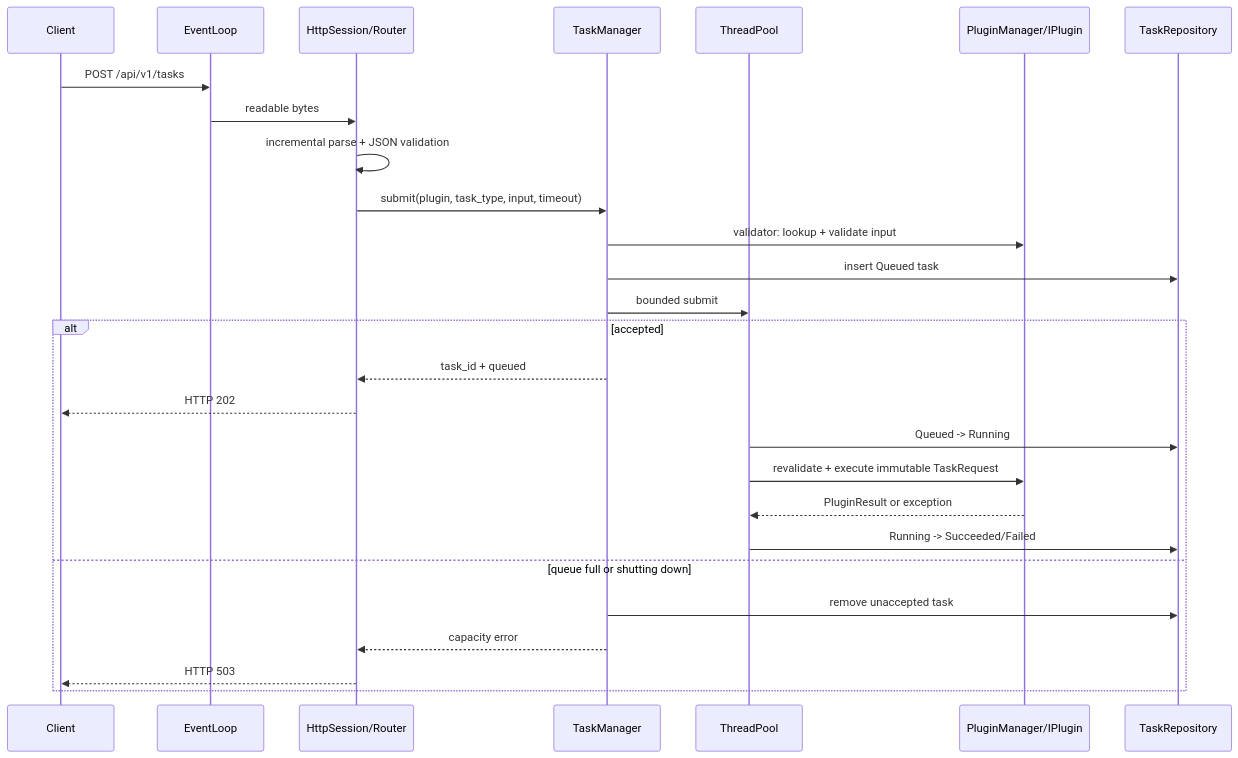
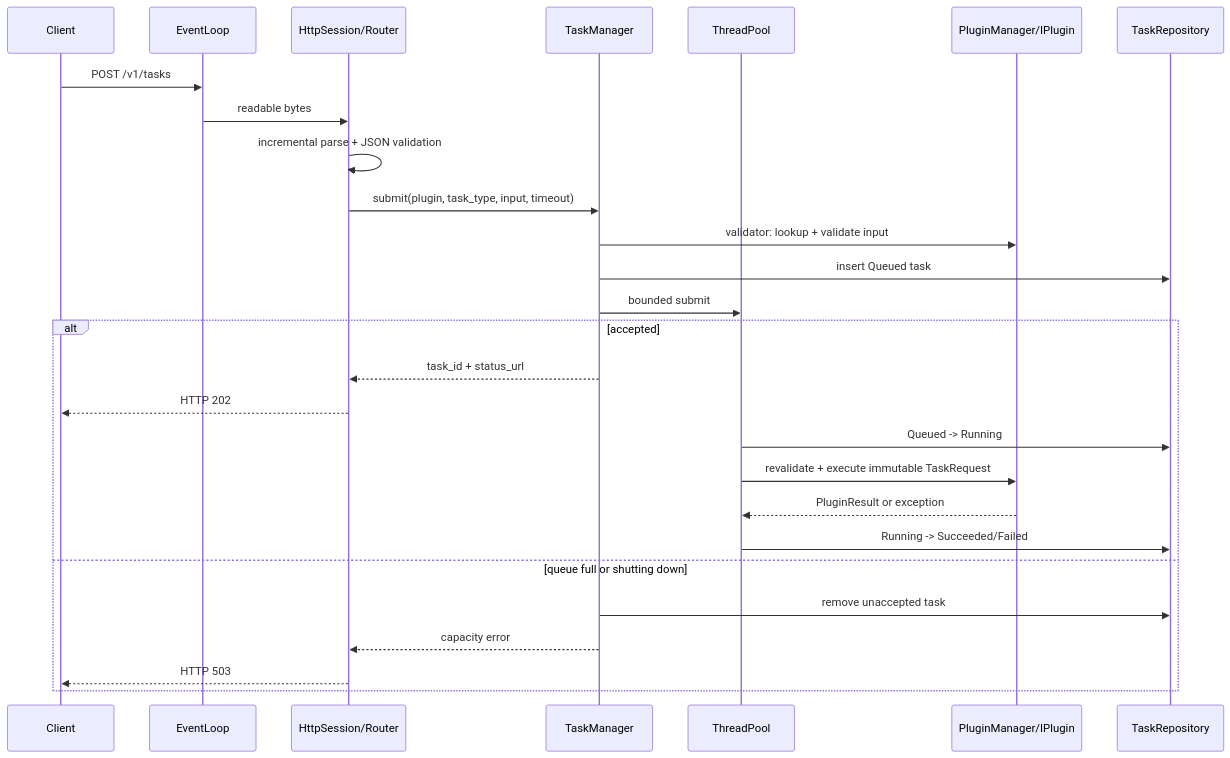
One commit to realme-max/IndustrialAIServiceFramework changed the eighth of 10 diagrams in docs/architecture.md. Above: the diagram before and after it, drawn with Mermaid. The commit also changed other lines of this file and 40 other files, not shown here.

````diff
--- a/docs/architecture.md
+++ b/docs/architecture.md
@@ -678,30 +678,30 @@
 ```mermaid
 sequenceDiagram
     participant C as Client
     participant L as EventLoop
     participant H as HttpSession/Router
     participant M as TaskManager
     participant Q as ThreadPool
     participant P as PluginManager/IPlugin
     participant R as TaskRepository
 
-    C->>L: POST /api/v1/tasks
+    C->>L: POST /v1/tasks
     L->>H: readable bytes
     H->>H: incremental parse + JSON validation
     H->>M: submit(plugin, task_type, input, timeout)
     M->>P: validator: lookup + validate input
     M->>R: insert Queued task
     M->>Q: bounded submit
     alt accepted
-        M-->>H: task_id + queued
+        M-->>H: task_id + status_url
         H-->>C: HTTP 202
         Q->>R: Queued -> Running
         Q->>P: revalidate + execute immutable TaskRequest
         P-->>Q: PluginResult or exception
         Q->>R: Running -> Succeeded/Failed
     else queue full or shutting down
         M->>R: remove unaccepted task
         M-->>H: capacity error
         H-->>C: HTTP 503
     end
 ```
````
